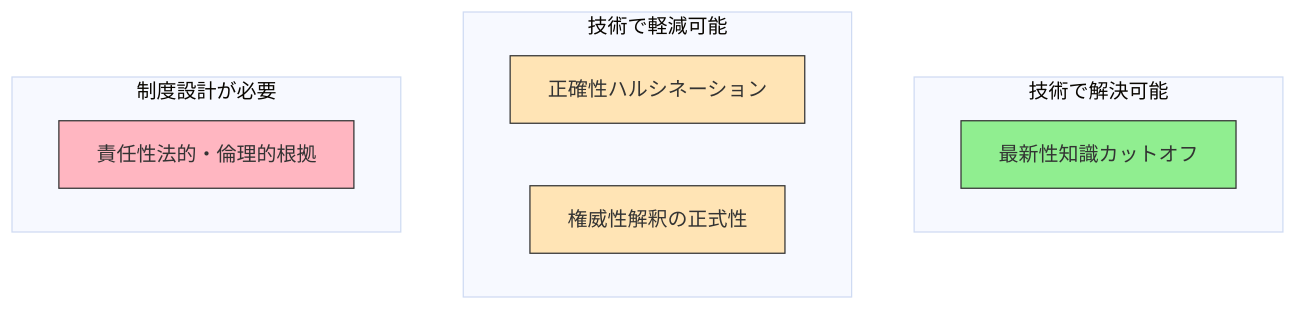
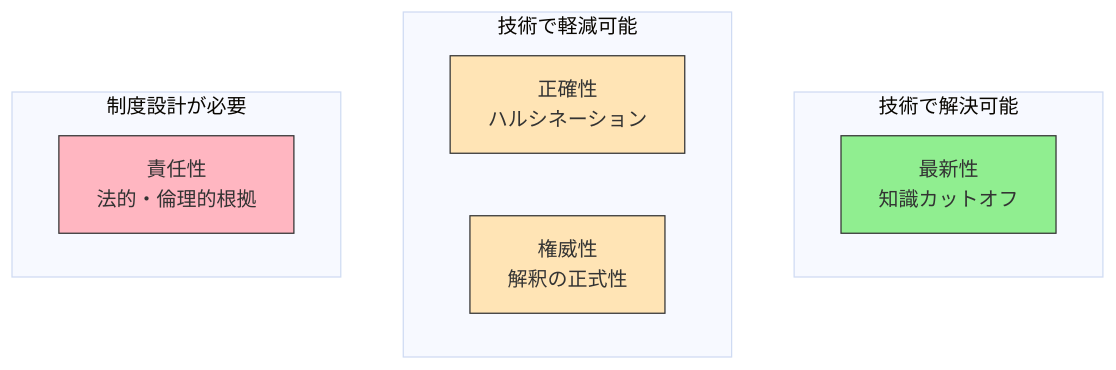
The second of 10 diagrams in docs/ja/concepts/05-solving-ai-limitations.md (shuji-bonji/ai-agent-architecture), drawn with Mermaid (base theme) before and after one commit. The commit also changed other lines of this file and 8 other files, not shown here.

````diff
--- a/docs/ja/concepts/05-solving-ai-limitations.md
+++ b/docs/ja/concepts/05-solving-ai-limitations.md
@@ -35,20 +35,20 @@
 ```mermaid
 flowchart TB
     subgraph SOLVABLE["技術で解決可能"]
-        CURRENCY["最新性<bn>知識カットオフ"]
+        CURRENCY["最新性<br>知識カットオフ"]
     end
 
     subgraph MITIGABLE["技術で軽減可能"]
-        ACCURACY["正確性<bn>ハルシネーション"]
-        AUTHORITY["権威性<bn>解釈の正式性"]
+        ACCURACY["正確性<br>ハルシネーション"]
+        AUTHORITY["権威性<br>解釈の正式性"]
     end
 
     subgraph SYSTEMIC["制度設計が必要"]
-        ACCOUNTABILITY["責任性<bn>法的・倫理的根拠"]
+        ACCOUNTABILITY["責任性<br>法的・倫理的根拠"]
     end
 
     style CURRENCY fill:#90EE90,color:#333,stroke:#333
     style ACCURACY fill:#FFE4B5,color:#333,stroke:#333
     style AUTHORITY fill:#FFE4B5,color:#333,stroke:#333
     style ACCOUNTABILITY fill:#FFB6C1,color:#333,stroke:#333
 ```
````
